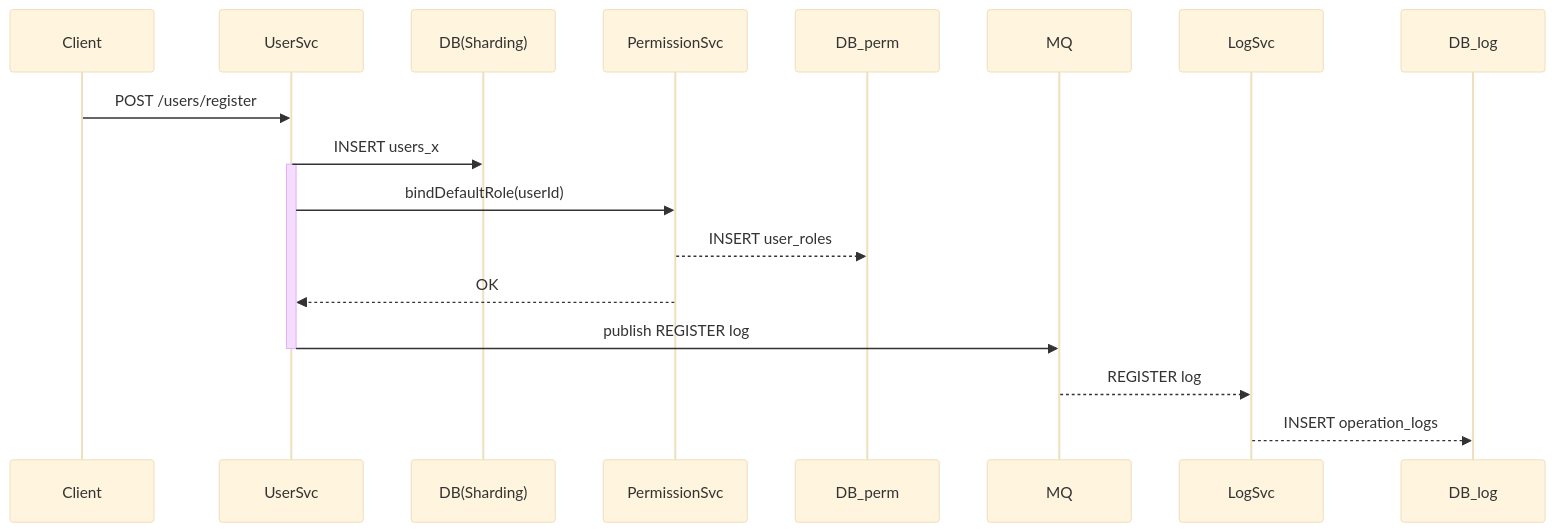
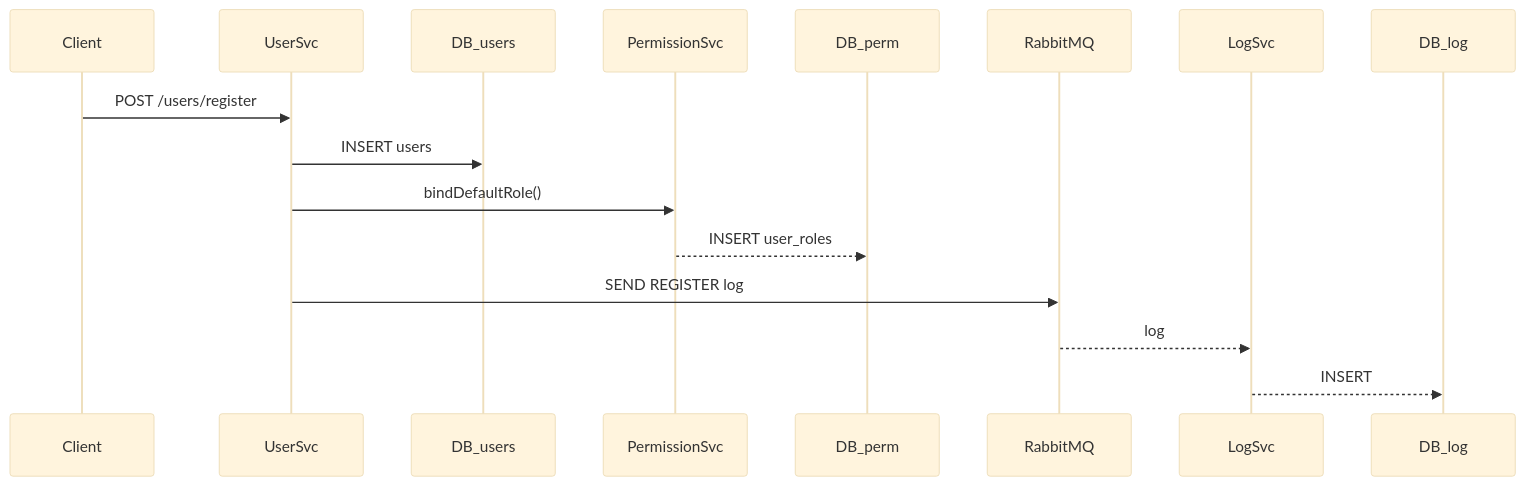
The second of 3 diagrams in 设计文档.md (Ho-da-ka/AuthDemo), drawn with Mermaid (base theme) before and after one commit. The commit also changed other lines of this file and 55 other files, not shown here.

````diff
--- a/设计文档.md
+++ b/设计文档.md
@@ -180,13 +129,10 @@
 ```mermaid
 sequenceDiagram
 Client->>UserSvc: POST /users/register
-UserSvc->>DB(Sharding): INSERT users_x
-activate UserSvc
-UserSvc->>PermissionSvc: bindDefaultRole(userId)
+UserSvc->>DB_users: INSERT users
+UserSvc->>PermissionSvc: bindDefaultRole()
 PermissionSvc-->>DB_perm: INSERT user_roles
-PermissionSvc-->>UserSvc: OK
-UserSvc->>MQ: publish REGISTER log
-deactivate UserSvc
-MQ-->>LogSvc: REGISTER log
-LogSvc-->>DB_log: INSERT operation_logs
+UserSvc->>RabbitMQ: SEND REGISTER log
+RabbitMQ-->>LogSvc: log
+LogSvc-->>DB_log: INSERT
 ```
````
